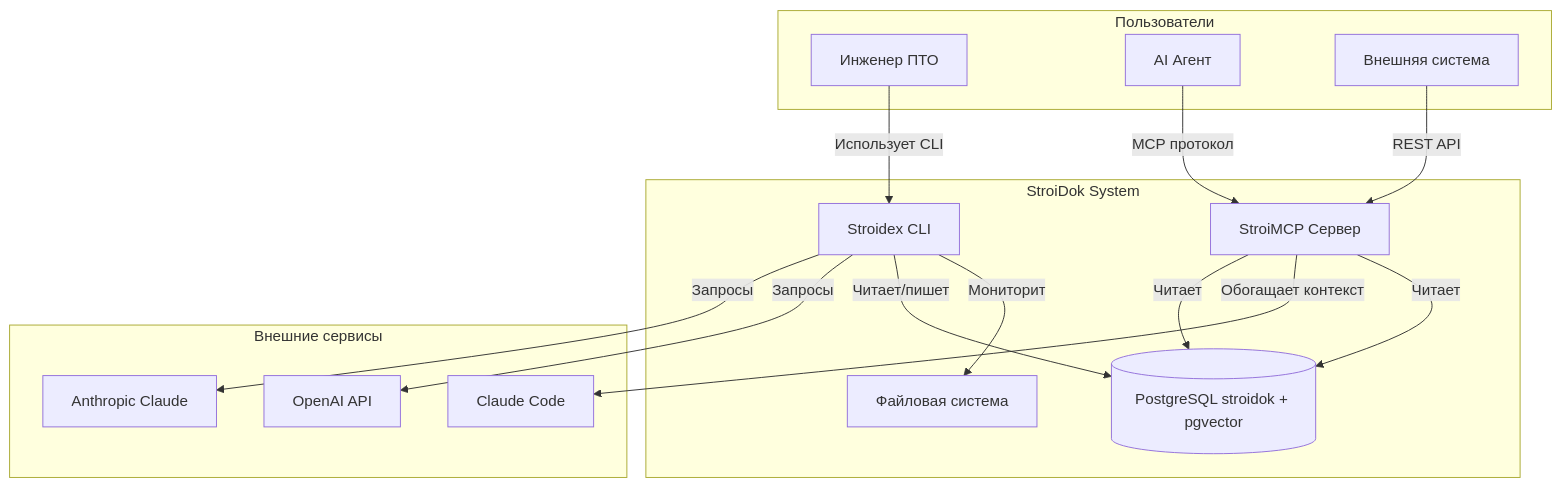
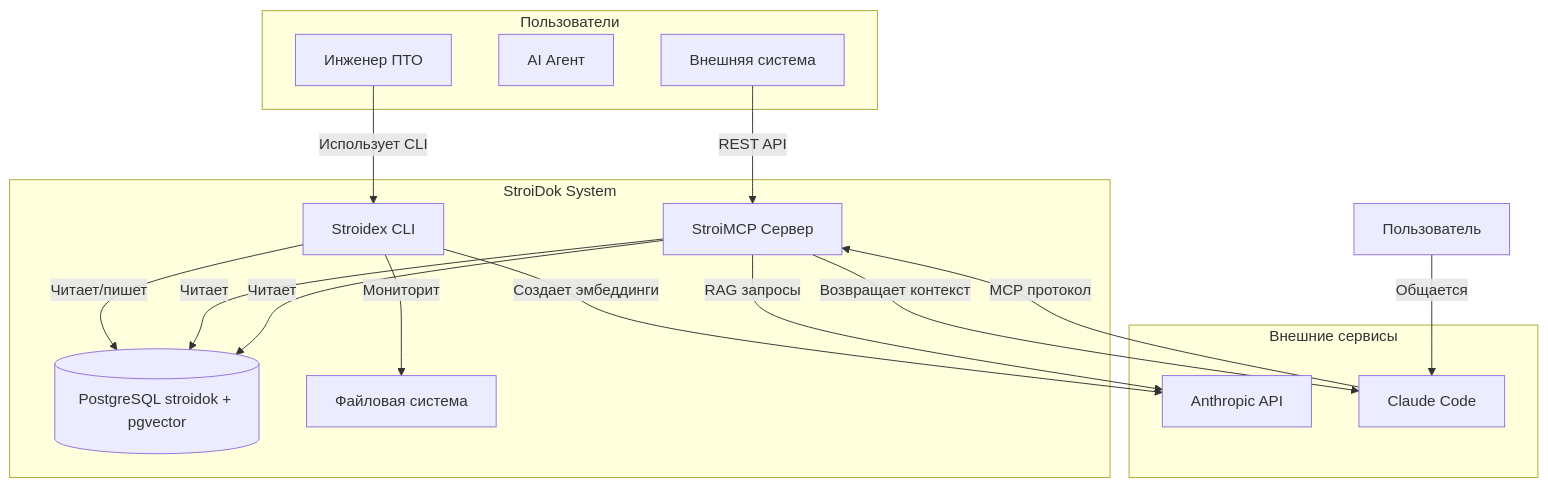
The diagram in docs/architecture/overview.md (dapi/stroidok), drawn with Mermaid before and after one commit. The commit also changed other lines of this file and 24 other files, not shown here.

````diff
--- a/docs/architecture/overview.md
+++ b/docs/architecture/overview.md
@@ -52,34 +57,34 @@
 ```mermaid
 graph TB
     subgraph "Пользователи"
         PTO[Инженер ПТО]
         AI[AI Агент]
         EXT[Внешняя система]
     end
 
     subgraph "StroiDok System"
         STROIDEX[Stroidex CLI]
         STROIMCP[StroiMCP Сервер]
         DB[(PostgreSQL stroidok + pgvector)]
         FS[Файловая система]
     end
 
     subgraph "Внешние сервисы"
-        OPENAI[OpenAI API]
-        CLAUDE[Anthropic Claude]
+        ANTHROPIC[Anthropic API]
         CLAUDE_CODE[Claude Code]
     end
 
     PTO -->|Использует CLI| STROIDEX
     STROIDEX -->|Мониторит| FS
     STROIDEX -->|Читает/пишет| DB
-    STROIDEX -->|Запросы| OPENAI
-    STROIDEX -->|Запросы| CLAUDE
+    STROIDEX -->|Создает эмбеддинги| ANTHROPIC
 
-    AI -->|MCP протокол| STROIMCP
+    USER[Пользователь] -->|Общается| CLAUDE_CODE
+    CLAUDE_CODE -->|MCP протокол| STROIMCP
     STROIMCP -->|Читает| DB
-    STROIMCP -->|Обогащает контекст| CLAUDE_CODE
+    STROIMCP -->|RAG запросы| ANTHROPIC
+    STROIMCP -->|Возвращает контекст| CLAUDE_CODE
 
     EXT -->|REST API| STROIMCP
     STROIMCP -->|Читает| DB
 ```
````
